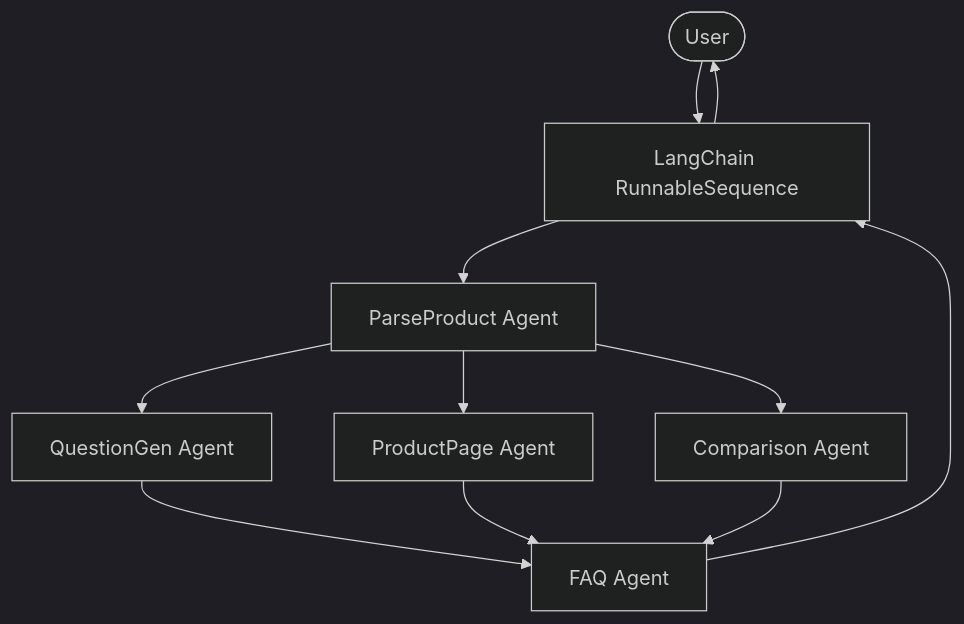
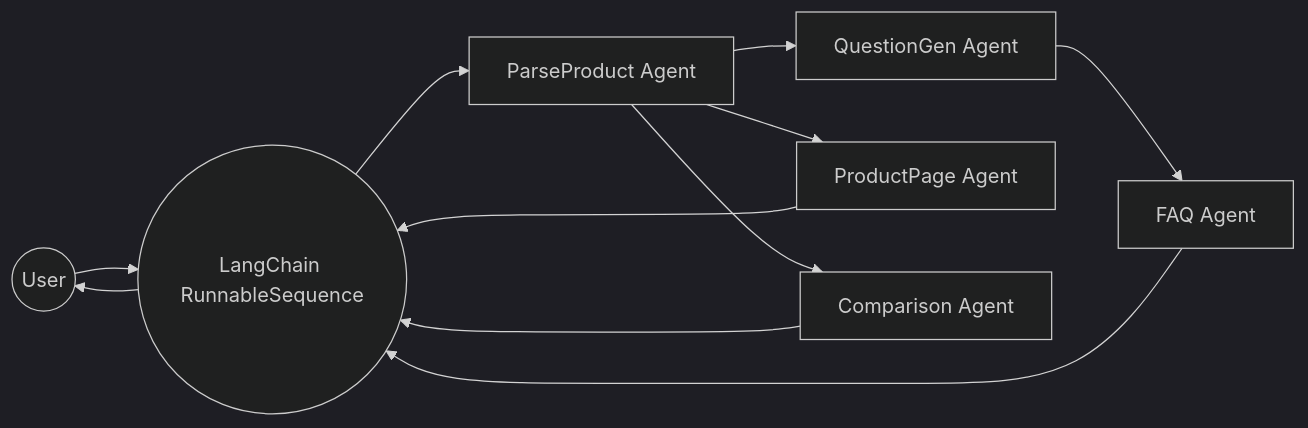
The third of 4 diagrams in docs/projectdocumentation.md (rak-shi/kasparro-ai-agentic-content-generation-system-Rakshitha_Valipireddy), drawn with Mermaid (dark theme) before and after one commit.

Commit message:
Update project documentation with detailed system design

````diff
--- a/docs/projectdocumentation.md
+++ b/docs/projectdocumentation.md
@@ -178,16 +178,22 @@
 ```mermaid
-flowchart TB
-    User([User]) --> Core[LangChain RunnableSequence]
+graph LR
+    User((User))
+    Orchestrator((LangChain RunnableSequence))
 
-    Core --> Parse[ParseProduct Agent]
+    Parser[ParseProduct Agent]
+    QGen[QuestionGen Agent]
+    FAQ[FAQ Agent]
+    Page[ProductPage Agent]
+    Compare[Comparison Agent]
 
-    Parse --> QGen[QuestionGen Agent]
-    Parse --> Page[ProductPage Agent]
-    Parse --> Compare[Comparison Agent]
-
-    QGen --> FAQ[FAQ Agent]
-    Page --> FAQ
-    Compare --> FAQ
-
-    FAQ --> Core --> User
+    User --> Orchestrator
+    Orchestrator --> Parser
+    Parser --> QGen
+    QGen --> FAQ
+    Parser --> Page
+    Parser --> Compare
+    FAQ --> Orchestrator
+    Page --> Orchestrator
+    Compare --> Orchestrator
+    Orchestrator --> User
 ```
````
